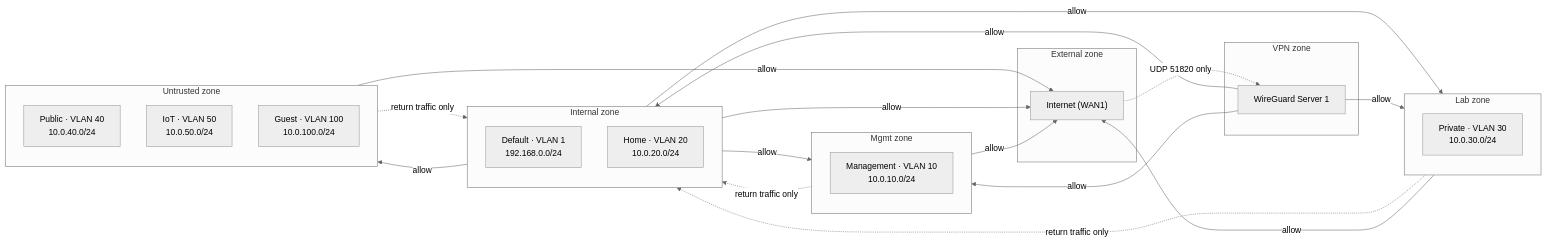
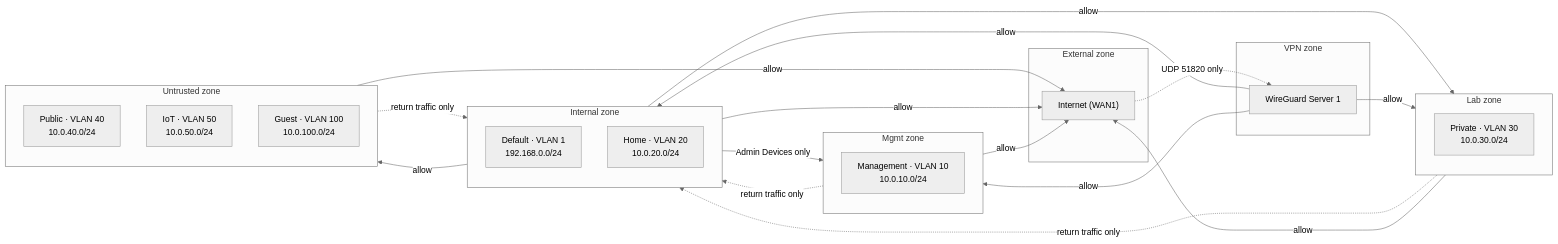
Before and after one commit to shaaz-f/home-server: the second of 2 diagrams in README.md, drawn with Mermaid (neutral theme). The commit also changed 2 other files, not shown here.

Commit message:
Document Mgmt access limited to admin devices

````diff
--- a/README.md
+++ b/README.md
@@ -52,39 +52,39 @@
 ```mermaid
 flowchart LR
     subgraph EXT["External zone"]
         WAN["Internet (WAN1)"]
     end
     subgraph INT["Internal zone"]
         DEF["Default · VLAN 1<br/>192.168.0.0/24"]
         HOME["Home · VLAN 20<br/>10.0.20.0/24"]
     end
     subgraph MGZ["Mgmt zone"]
         MGMT["Management · VLAN 10<br/>10.0.10.0/24"]
     end
     subgraph LABZ["Lab zone"]
         PRIV["Private · VLAN 30<br/>10.0.30.0/24"]
     end
     subgraph UNT["Untrusted zone"]
         PUB["Public · VLAN 40<br/>10.0.40.0/24"]
         IOT["IoT · VLAN 50<br/>10.0.50.0/24"]
         GST["Guest · VLAN 100<br/>10.0.100.0/24"]
     end
     subgraph VPNZ["VPN zone"]
         WG["WireGuard Server 1"]
     end
 
-    INT -- "allow" --> MGZ
+    INT -- "Admin Devices only" --> MGZ
     INT -- "allow" --> LABZ
     INT -- "allow" --> UNT
     MGZ -. "return traffic only" .-> INT
     LABZ -. "return traffic only" .-> INT
     UNT -. "return traffic only" .-> INT
     UNT -- "allow" --> WAN
     INT -- "allow" --> WAN
     MGZ -- "allow" --> WAN
     LABZ -- "allow" --> WAN
     WG -- "allow" --> INT
     WG -- "allow" --> MGZ
     WG -- "allow" --> LABZ
     WAN -. "UDP 51820 only" .-> WG
 ```
````
